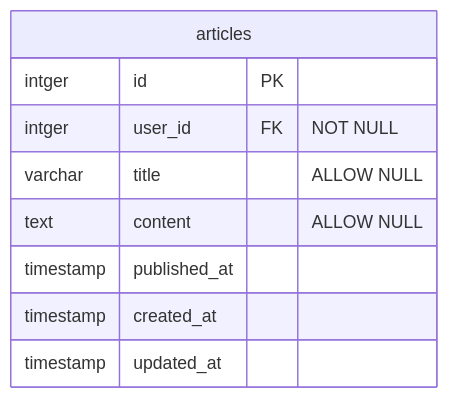
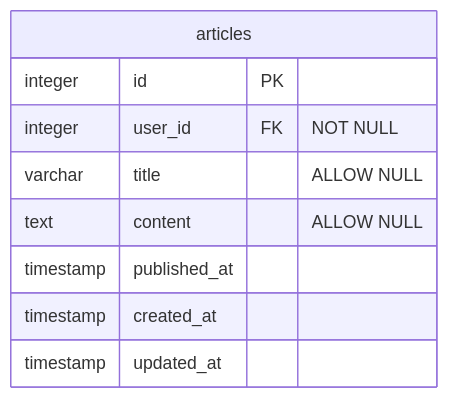
The third of 5 diagrams in articles/57f2197681b2e2.md (sloppybook/zenn), drawn with Mermaid before and after one commit. The commit also changed other lines of this file, not shown here.

````diff
--- a/articles/57f2197681b2e2.md
+++ b/articles/57f2197681b2e2.md
@@ -112,12 +112,12 @@
 ```mermaid
 erDiagram
   articles {
-    intger id PK
-    intger user_id FK "NOT NULL"
+    integer id PK
+    integer user_id FK "NOT NULL"
     varchar title "ALLOW NULL"
     text content "ALLOW NULL"
     timestamp published_at
     timestamp created_at
     timestamp updated_at
   }
 ```
````
